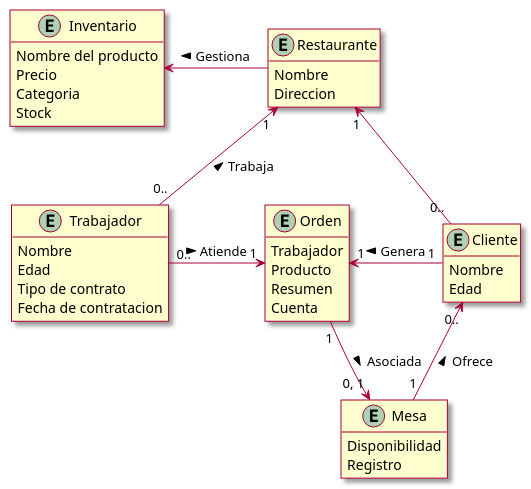
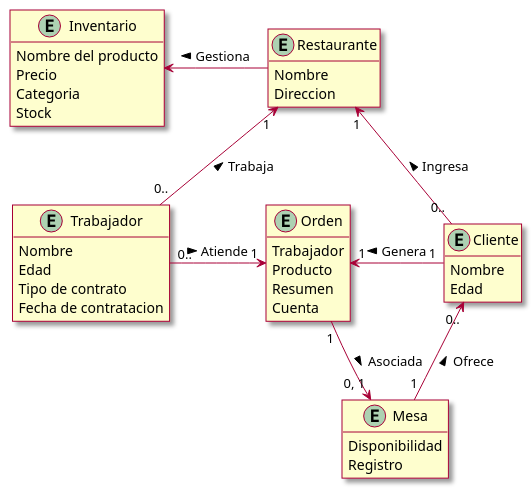
Before and after one commit to DanielDiazVargas/Prog.Av._Taller-1: the diagram in src/Dominio.puml, drawn with PlantUML.

```diff
--- a/src/Dominio.puml
+++ b/src/Dominio.puml
@@ -1,48 +1,48 @@
 @startuml
 skin rose
 hide empty members
 
 entity Restaurante {
 Nombre
 Direccion
 }
 
 entity Trabajador {
 Nombre
 Edad
 Tipo de contrato
 Fecha de contratacion
 }
 
 entity Orden {
 Trabajador
 Producto
 Resumen
 Cuenta
 }
 
 entity Mesa {
 Disponibilidad
 Registro
 }
 
 entity Cliente {
 Nombre
 Edad
 }
 
 entity Inventario {
 Nombre del producto
 Precio
 Categoria
 Stock
 }
 
 Restaurante -left-> Inventario : Gestiona >
-Restaurante "1" <-right- "0.." Cliente
+Restaurante "1" <-right- "0.." Cliente : Ingresa <
 Restaurante "1" <-down- "0.." Trabajador : Trabaja <
 Trabajador "0.." -right-> "1" Orden : Atiende >
 Orden "1" -up-> "0, 1" Mesa : Asociada >
 Mesa "1" -up-> "0.." Cliente : Ofrece >
 Cliente "1" -left-> "1" Orden : Genera >
 @enduml
```
